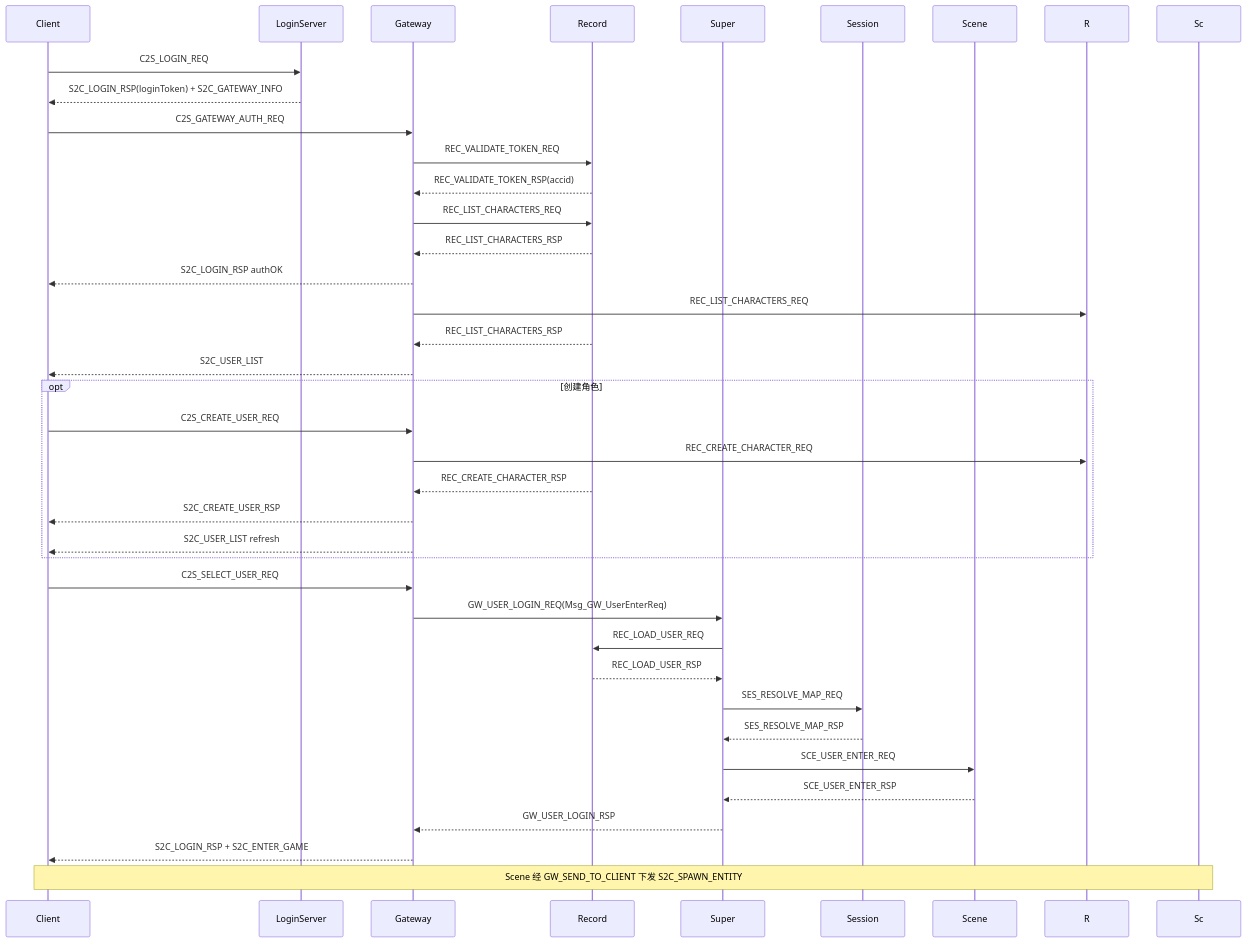
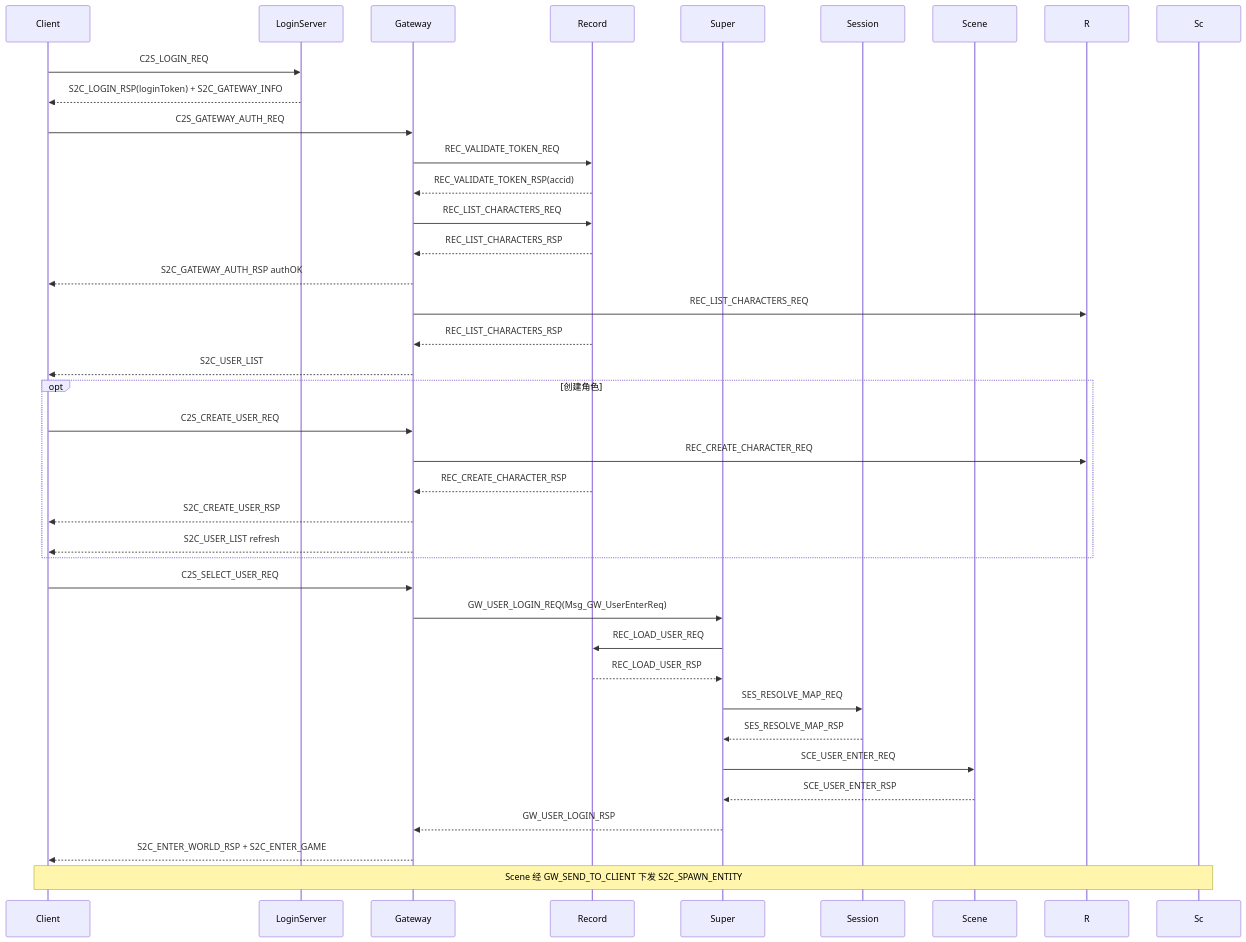
One commit to hechuangguo/RPG_Server changed the diagram in docs/PROTOCOL.md. Above: the diagram before and after it, drawn with Mermaid. The commit also changed other lines of this file and 26 other files, not shown here.

````diff
--- a/docs/PROTOCOL.md
+++ b/docs/PROTOCOL.md
@@ -251,40 +253,40 @@
 ```mermaid
 sequenceDiagram
     participant C as Client
     participant LS as LoginServer
     participant GW as Gateway
     participant REC as Record
     participant SS as Super
     participant SES as Session
     participant SCE as Scene
 
     C->>LS: C2S_LOGIN_REQ
     LS-->>C: S2C_LOGIN_RSP(loginToken) + S2C_GATEWAY_INFO
     C->>GW: C2S_GATEWAY_AUTH_REQ
     GW->>REC: REC_VALIDATE_TOKEN_REQ
     REC-->>GW: REC_VALIDATE_TOKEN_RSP(accid)
     GW->>REC: REC_LIST_CHARACTERS_REQ
     REC-->>GW: REC_LIST_CHARACTERS_RSP
-    GW-->>C: S2C_LOGIN_RSP authOK
+    GW-->>C: S2C_GATEWAY_AUTH_RSP authOK
     GW->>R: REC_LIST_CHARACTERS_REQ
     REC-->>GW: REC_LIST_CHARACTERS_RSP
     GW-->>C: S2C_USER_LIST
     opt 创建角色
         C->>GW: C2S_CREATE_USER_REQ
         GW->>R: REC_CREATE_CHARACTER_REQ
         REC-->>GW: REC_CREATE_CHARACTER_RSP
         GW-->>C: S2C_CREATE_USER_RSP
         GW-->>C: S2C_USER_LIST refresh
     end
     C->>GW: C2S_SELECT_USER_REQ
     GW->>SS: GW_USER_LOGIN_REQ(Msg_GW_UserEnterReq)
     SS->>REC: REC_LOAD_USER_REQ
     REC-->>SS: REC_LOAD_USER_RSP
     SS->>SES: SES_RESOLVE_MAP_REQ
     SES-->>SS: SES_RESOLVE_MAP_RSP
     SS->>SCE: SCE_USER_ENTER_REQ
     SCE-->>SS: SCE_USER_ENTER_RSP
     SS-->>GW: GW_USER_LOGIN_RSP
-    GW-->>C: S2C_LOGIN_RSP + S2C_ENTER_GAME
+    GW-->>C: S2C_ENTER_WORLD_RSP + S2C_ENTER_GAME
     Note over Sc,C: Scene 经 GW_SEND_TO_CLIENT 下发 S2C_SPAWN_ENTITY
 ```
````
